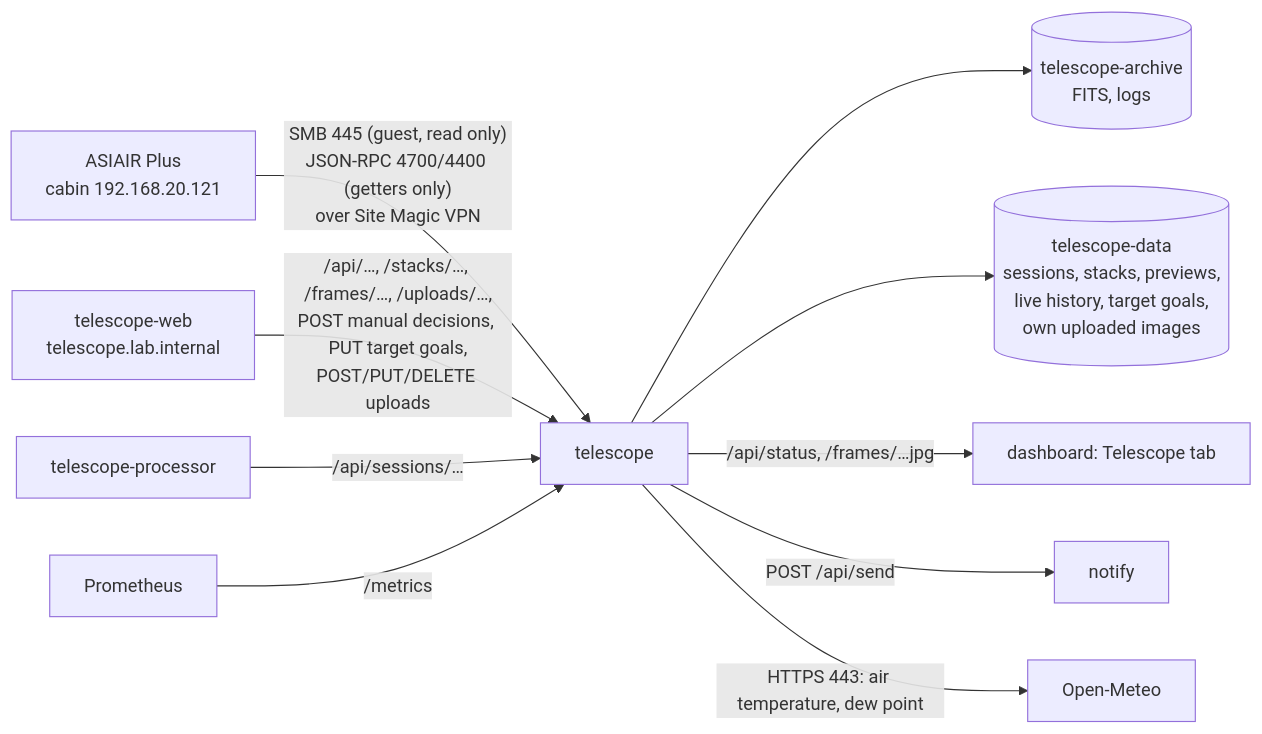
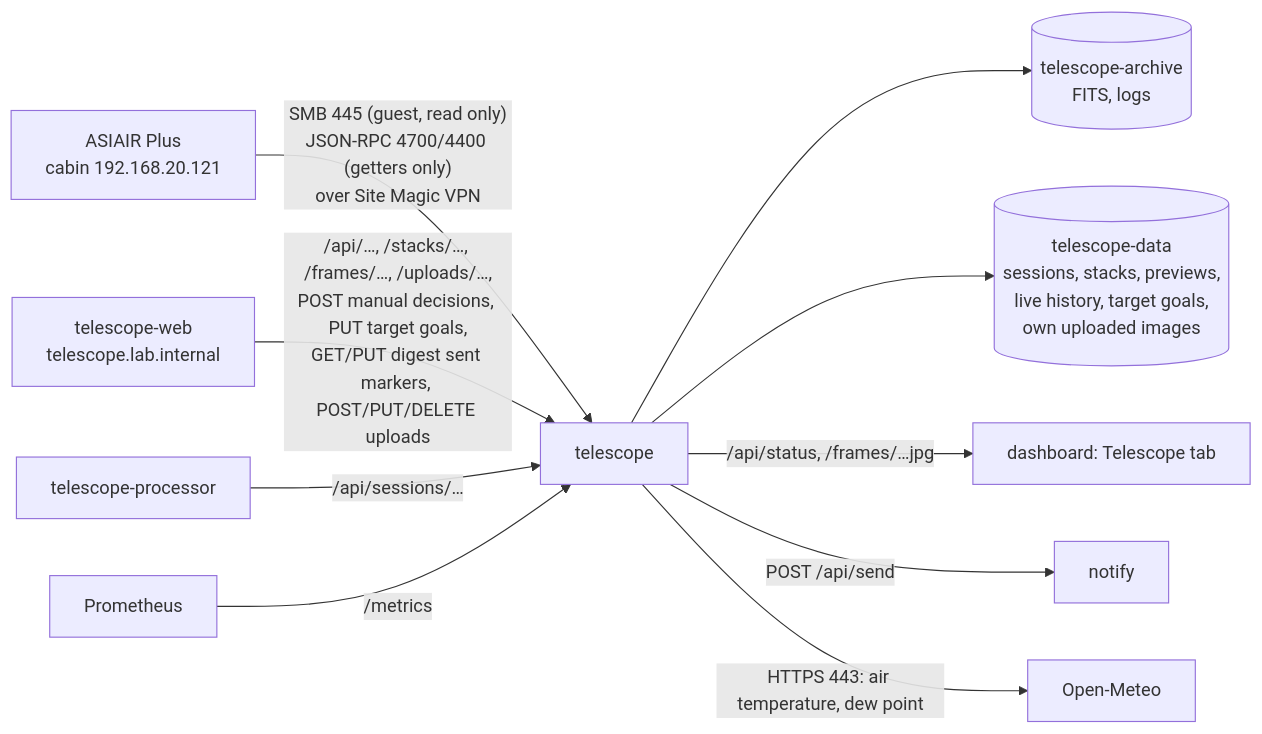
Before and after one commit to legendary-jarppi/homelab: the diagram in apps/telescope/README.md, drawn with Mermaid. The commit also changed other lines of this file and 127 other files, not shown here.

````diff
--- a/apps/telescope/README.md
+++ b/apps/telescope/README.md
@@ -5,12 +5,12 @@
 ```mermaid
 flowchart LR
   air[ASIAIR Plus<br/>cabin 192.168.20.121] -- "SMB 445 (guest, read only)<br/>JSON-RPC 4700/4400 (getters only)<br/>over Site Magic VPN" --> t[telescope]
   t --> a[(telescope-archive<br/>FITS, logs)]
   t --> s[(telescope-data<br/>sessions, stacks, previews,<br/>live history, target goals,<br/>own uploaded images)]
   t -- "/api/status, /frames/…jpg" --> d[dashboard: Telescope tab]
-  w[telescope-web<br/>telescope.lab.internal] -- "/api/…, /stacks/…, /frames/…, /uploads/…,<br/>POST manual decisions, PUT target goals,<br/>POST/PUT/DELETE uploads" --> t
+  w[telescope-web<br/>telescope.lab.internal] -- "/api/…, /stacks/…, /frames/…, /uploads/…,<br/>POST manual decisions, PUT target goals,<br/>GET/PUT digest sent markers, POST/PUT/DELETE uploads" --> t
   pr[telescope-processor] -- "/api/sessions/…" --> t
   t -- "POST /api/send" --> n[notify]
   t -- "HTTPS 443: air temperature, dew point" --> om[Open-Meteo]
   p[Prometheus] -- /metrics --> t
 ```
````
